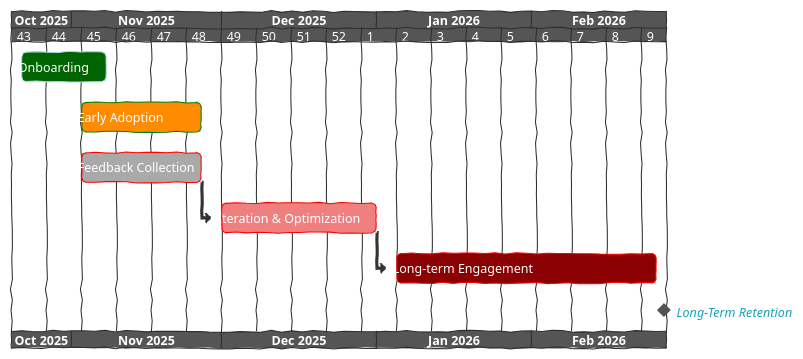
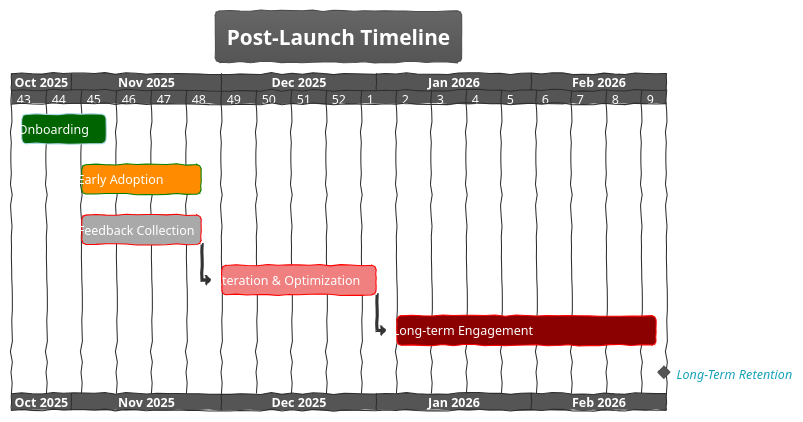
The diagram in docs/architecture/tmos_growth.puml (pmwong008/PlantUML_boot), drawn with PlantUML before and after one commit. The commit also changed 3 other files, not shown here.

```diff
--- a/docs/architecture/tmos_growth.puml
+++ b/docs/architecture/tmos_growth.puml
@@ -1,28 +1,29 @@
 @startgantt
+title Post-Launch Timeline
 !theme sketchy
 ' Set the project start date
 Project starts the 20th of October 2025
 
 ' Show the calendar along the top
 printscale weekly
 
 ' Define tasks
 [Onboarding] as [TASK1] lasts 3 weeks
 [TASK1] is colored in DarkGreen/LightBlue
 
 [Early Adoption] as [TASK2] starts at the 1st of November 2025 and lasts 4 weeks
 [TASK2] is colored in DarkOrange/Green
 
 [Feedback Collection] as [TASK3] starts at 1st of November 2025 and lasts 4 weeks
 [TASK3] is colored in DarkGrey/Red
 
 [Iteration & Optimization] as [TASK4] starts at [TASK3]'s end and lasts 5 weeks
 [TASK4] is colored in LightCoral/Red
 
 [Long-term Engagement] as [TASK5] starts at [TASK4]'s end and lasts 8 weeks
 [TASK5] is colored in DarkRed/Red
 
 ' Optional: add a milestone
 [Long-Term Retention] happens at [TASK5]'s end
 
 @endgantt
```
